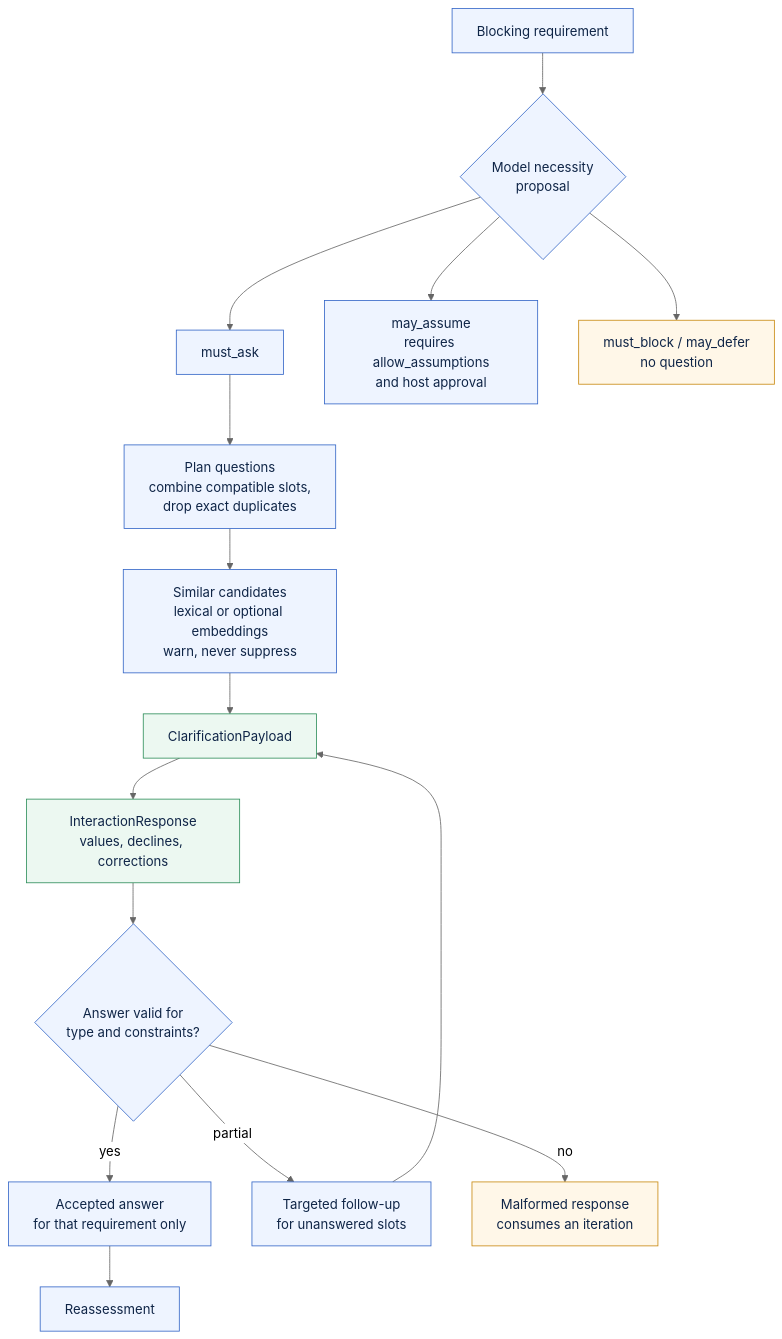
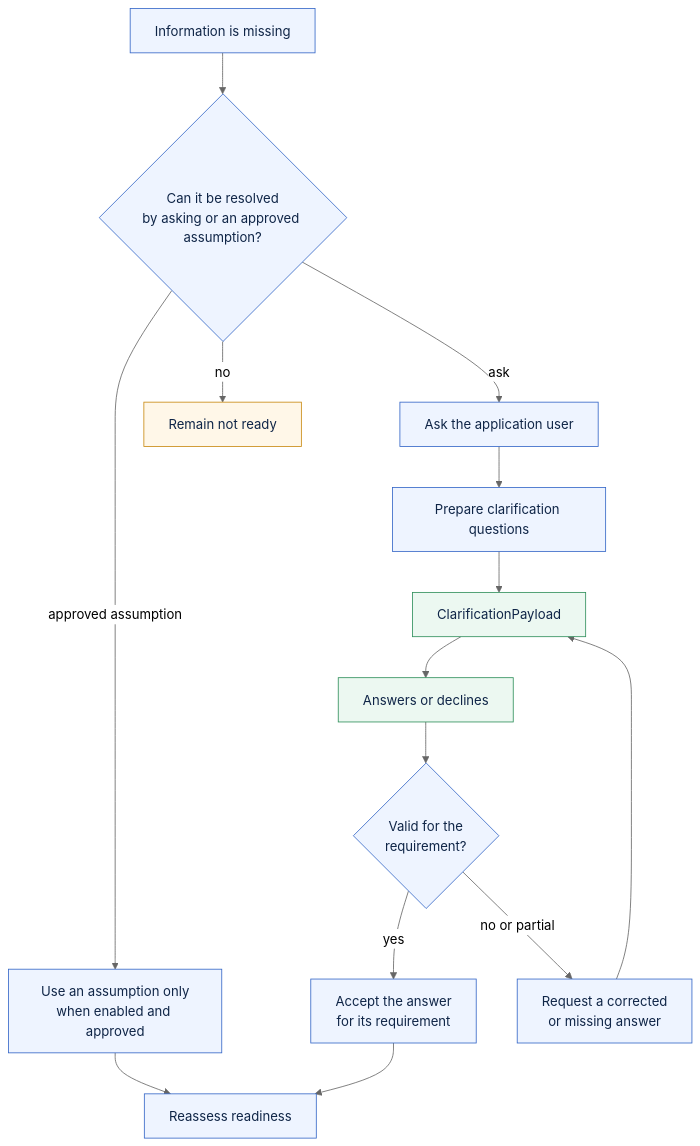
The diagram in diagrams/clarification-flow.mmd (smuniharish/sufficiency-engine), drawn with Mermaid (neutral theme) before and after one commit. The commit also changed 32 other files, not shown here.

```diff
--- a/diagrams/clarification-flow.mmd
+++ b/diagrams/clarification-flow.mmd
@@ -1,28 +1,24 @@
 flowchart TD
     classDef core fill:#eef4ff,stroke:#3567c7,color:#0f2547
     classDef app fill:#ecf8f1,stroke:#2f8f5b,color:#0f2547
     classDef stop fill:#fff7e8,stroke:#c98a12,color:#0f2547
 
-    blocker["Blocking requirement"]:::core
-    necessity{"Model necessity<br/>proposal"}:::core
-    ask["must_ask"]:::core
-    assume["may_assume<br/>requires allow_assumptions<br/>and host approval"]:::core
-    block["must_block / may_defer<br/>no question"]:::stop
-    plan["Plan questions<br/>combine compatible slots,<br/>drop exact duplicates"]:::core
-    similar["Similar candidates<br/>lexical or optional embeddings<br/>warn, never suppress"]:::core
+    blocker["Information is missing"]:::core
+    assess{"Can it be resolved<br/>by asking or an approved assumption?"}:::core
+    ask["Ask the application user"]:::core
+    assume["Use an assumption only<br/>when enabled and approved"]:::core
+    block["Remain not ready"]:::stop
+    plan["Prepare clarification questions"]:::core
     payload["ClarificationPayload"]:::app
-    response["InteractionResponse<br/>values, declines, corrections"]:::app
-    validate{"Answer valid for<br/>type and constraints?"}:::core
-    accept["Accepted answer<br/>for that requirement only"]:::core
-    followup["Targeted follow-up<br/>for unanswered slots"]:::core
-    malformed["Malformed response<br/>consumes an iteration"]:::stop
-    reassess["Reassessment"]:::core
+    response["Answers or declines"]:::app
+    validate{"Valid for the<br/>requirement?"}:::core
+    accept["Accept the answer<br/>for its requirement"]:::core
+    followup["Request a corrected<br/>or missing answer"]:::core
+    reassess["Reassess readiness"]:::core
 
-    blocker --> necessity
-    necessity --> ask --> plan
-    necessity --> assume
-    necessity --> block
-    plan --> similar --> payload --> response --> validate
+    blocker --> assess
+    assess -- "ask" --> ask --> plan --> payload --> response --> validate
+    assess -- "approved assumption" --> assume --> reassess
+    assess -- "no" --> block
     validate -- "yes" --> accept --> reassess
-    validate -- "partial" --> followup --> payload
-    validate -- "no" --> malformed
+    validate -- "no or partial" --> followup --> payload
```
